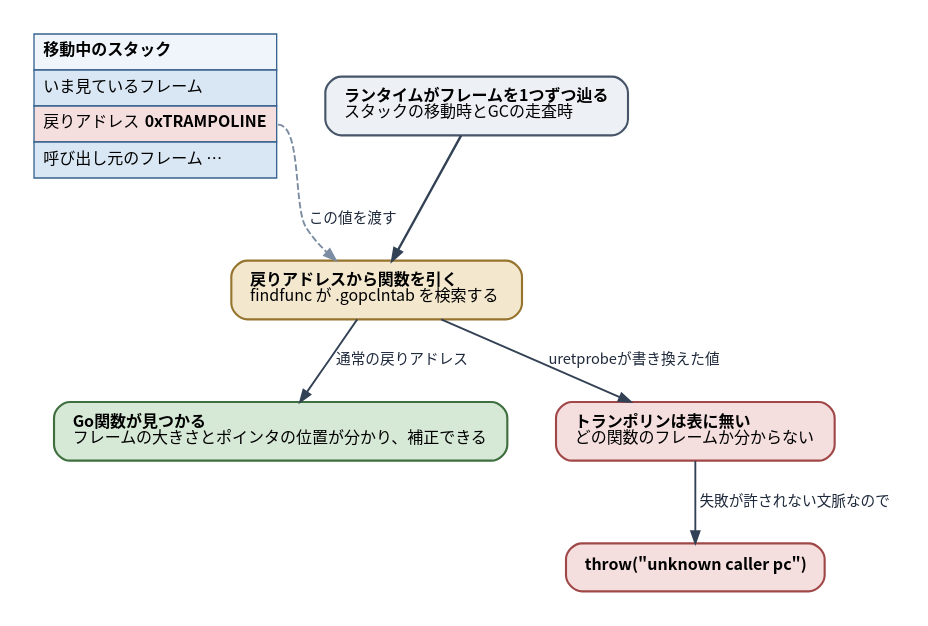
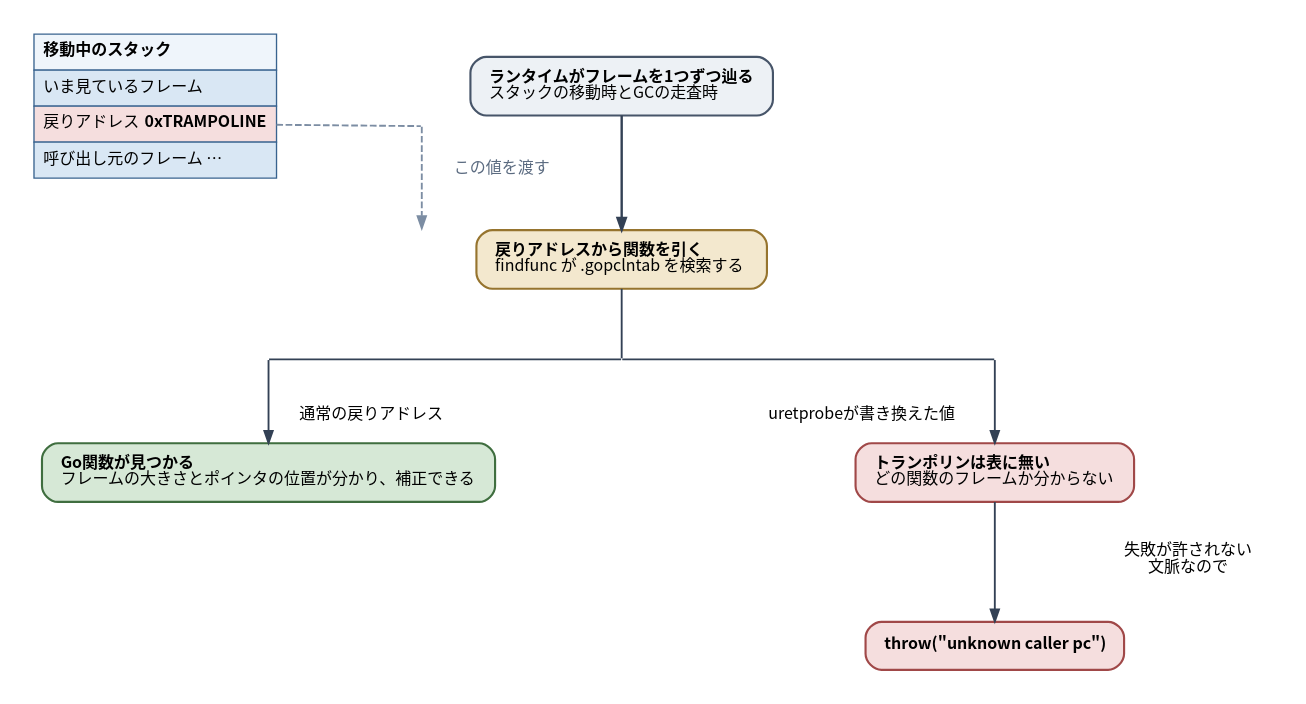
The diagram in diagrams/go-ebpf-primer/20260820-unwind-failure.dot (ymotongpoo/zenn.dev), drawn with Graphviz before and after one commit. The commit also changed 98 other files, not shown here.

First line of the commit message:
図版の線を水平垂直の直線に統一し、角の隙間を埋める後処理を追加した

```diff
--- a/diagrams/go-ebpf-primer/20260820-unwind-failure.dot
+++ b/diagrams/go-ebpf-primer/20260820-unwind-failure.dot
@@ -1,46 +1,63 @@
 // 戻りアドレスから関数を引けないと、スタックを辿れない
 digraph unwind_failure {
   graph [
+    layout=neato, inputscale=72, splines=line,
     fontname="Harano Aji Gothic,Noto Sans CJK JP,IPAGothic", fontsize=13,
-    rankdir=TB, compound=true, splines=true,
-    nodesep=0.5, ranksep=0.7, pad=0.25,
-    bgcolor="white", newrank=true
+    bgcolor="white", pad=0.25
   ];
   node [
     fontname="Harano Aji Gothic,Noto Sans CJK JP,IPAGothic", fontsize=12,
     shape=box, style="rounded,filled",
     fillcolor="#F1F5F9", color="#475569", penwidth=1.6,
     margin="0.2,0.14"
   ];
   edge [
     fontname="Harano Aji Gothic,Noto Sans CJK JP,IPAGothic", fontsize=11,
     color="#334155", penwidth=1.4, arrowsize=0.9,
     fontcolor="#1E293B"
   ];
 
-  stack [shape=plain, style="", label=<
+  stack [pos="130,545!", shape=plain, style="", label=<
     <table border="0" cellborder="1" cellspacing="0" cellpadding="6" color="#38638F">
       <tr><td align="left" bgcolor="#EFF5FB"><b>移動中のスタック</b></td></tr>
       <tr><td align="left" bgcolor="#D9E7F4">いま見ているフレーム</td></tr>
       <tr><td align="left" bgcolor="#F5DEDE" port="ra">戻りアドレス <b>0xTRAMPOLINE</b></td></tr>
       <tr><td align="left" bgcolor="#D9E7F4">呼び出し元のフレーム …</td></tr>
     </table>>];
 
-  walk [label=<<b>ランタイムがフレームを1つずつ辿る</b><br align="left"/>スタックの移動時とGCの走査時<br align="left"/>>,
+  walk [pos="480,560!", label=<<b>ランタイムがフレームを1つずつ辿る</b><br align="left"/>スタックの移動時とGCの走査時<br align="left"/>>,
         fillcolor="#EDF1F5"];
-  lookup [label=<<b>戻りアドレスから関数を引く</b><br align="left"/>findfunc が .gopclntab を検索する<br align="left"/>>,
+
+  d1 [pos="330,530!", shape=point, width=0.01, style=invis];
+  d2 [pos="330,453!", shape=point, width=0.01, style=invis];
+
+  lookup [pos="480,430!", label=<<b>戻りアドレスから関数を引く</b><br align="left"/>findfunc が .gopclntab を検索する<br align="left"/>>,
           fillcolor="#F3E8CE", color="#96742E"];
-  ok [label=<<b>Go関数が見つかる</b><br align="left"/>フレームの大きさとポインタの位置が分かり、補正できる<br align="left"/>>,
+
+  Ld [pos="390,498!", shape=plaintext, style="", label="この値を渡す", fontcolor="#5B6B80"];
+
+  j  [pos="480,355!", shape=point, width=0.01, style=invis];
+  jl [pos="215,355!", shape=point, width=0.01, style=invis];
+  jr [pos="760,355!", shape=point, width=0.01, style=invis];
+
+  ok [pos="215,270!", label=<<b>Go関数が見つかる</b><br align="left"/>フレームの大きさとポインタの位置が分かり、補正できる<br align="left"/>>,
       fillcolor="#D6E8D6", color="#3F6E3F"];
-  ng [label=<<b>トランポリンは表に無い</b><br align="left"/>どの関数のフレームか分からない<br align="left"/>>,
+  ng [pos="760,270!", label=<<b>トランポリンは表に無い</b><br align="left"/>どの関数のフレームか分からない<br align="left"/>>,
       fillcolor="#F5DEDE", color="#A04848"];
-  crash [label=<<b>throw("unknown caller pc")</b>>, fillcolor="#F5DEDE", color="#A04848"];
+
+  L1 [pos="292,313!", shape=plaintext, style="", label="通常の戻りアドレス"];
+  L2 [pos="660,313!", shape=plaintext, style="", label="uretprobeが書き換えた値"];
+
+  crash [pos="760,140!", label=<<b>throw("unknown caller pc")</b>>, fillcolor="#F5DEDE", color="#A04848"];
+  L3 [pos="905,205!", shape=plaintext, style="", label="失敗が許されない\n文脈なので"];
 
   walk -> lookup [penwidth=1.8];
-  stack:ra:e -> lookup [label=" この値を渡す", style=dashed, color="#7C8DA3"];
-  lookup -> ok [label=" 通常の戻りアドレス"];
-  lookup -> ng [label=" uretprobeが書き換えた値"];
-  ng -> crash [label=" 失敗が許されない文脈なので"];
-
-  { rank=same; stack; walk; }
+  stack:ra:e -> d1 [dir=none, style=dashed, color="#7C8DA3"];
+  d1 -> d2 [style=dashed, color="#7C8DA3"];
+  lookup -> j [dir=none];
+  j -> jl [dir=none];
+  j -> jr [dir=none];
+  jl -> ok;
+  jr -> ng;
+  ng -> crash;
 }
```
